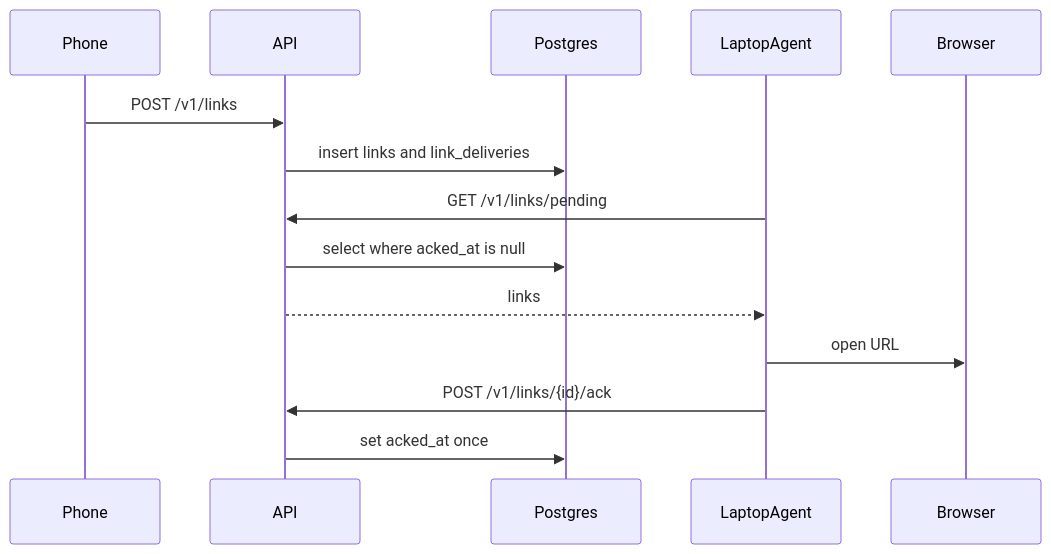
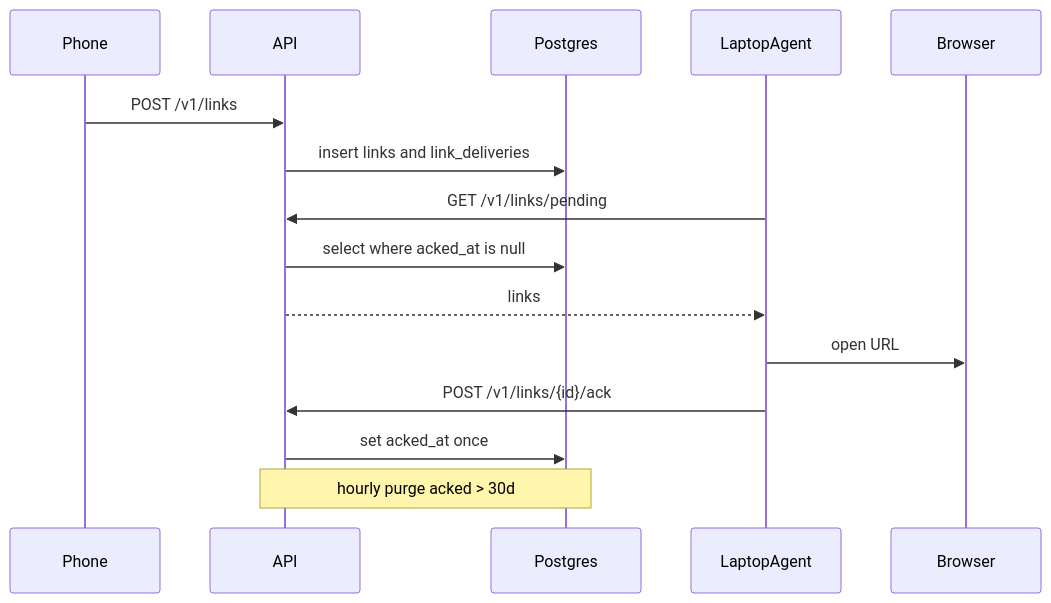
One commit to shashankxrm/deskdrop changed the diagram in docs/architecture.md. Above: the diagram before and after it, drawn with Mermaid. The commit also changed other lines of this file and 13 other files, not shown here.

````diff
--- a/docs/architecture.md
+++ b/docs/architecture.md
@@ -27,16 +27,17 @@
 ```mermaid
 sequenceDiagram
   participant Phone
   participant API
   participant PG as Postgres
   participant Agent as LaptopAgent
   participant Browser
   Phone->>API: POST /v1/links
   API->>PG: insert links and link_deliveries
   Agent->>API: GET /v1/links/pending
   API->>PG: select where acked_at is null
   API-->>Agent: links
   Agent->>Browser: open URL
   Agent->>API: POST /v1/links/{id}/ack
   API->>PG: set acked_at once
+  Note over API,PG: hourly purge acked > 30d
 ```
````
